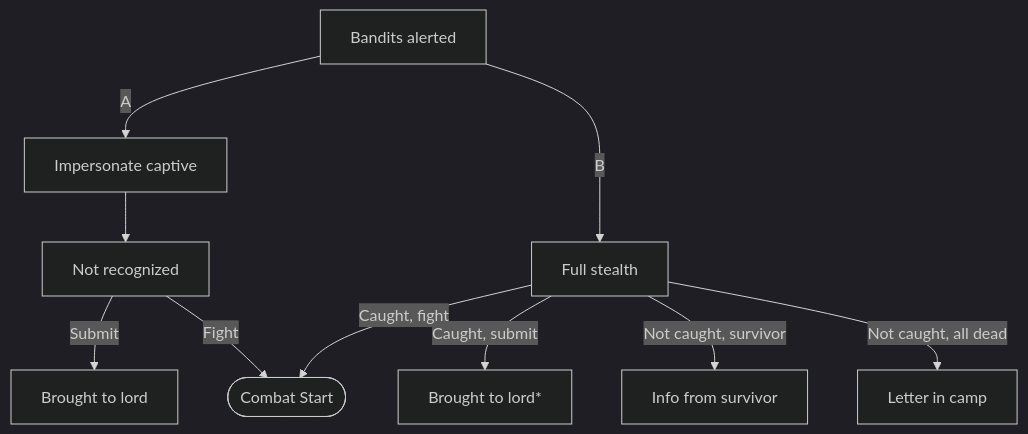
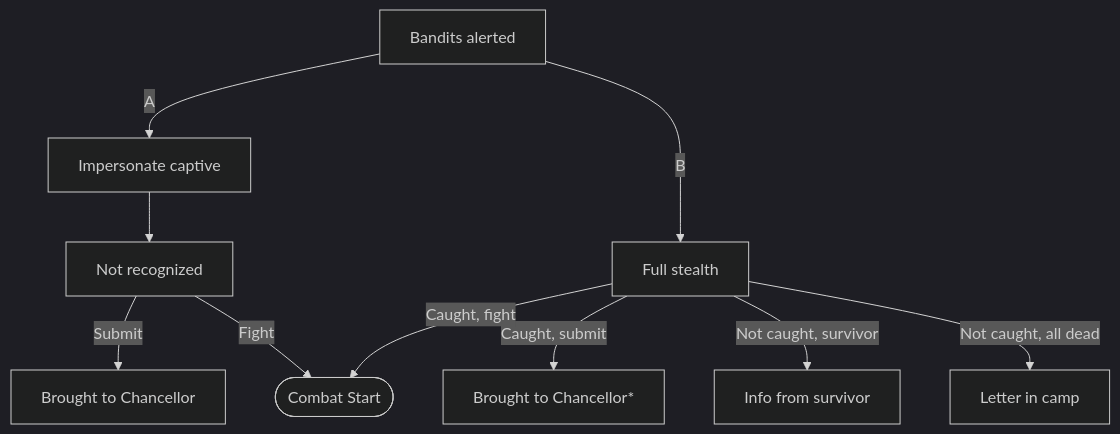
Before and after one commit to Kitick/Anthro: the ninth of 11 diagrams in Lore/Scenes/Intros/Elias.md, drawn with Mermaid (dark theme). The commit also changed other lines of this file and 1 other file, not shown here.

Commit message:
Edmund is a chancellor

````diff
--- a/Lore/Scenes/Intros/Elias.md
+++ b/Lore/Scenes/Intros/Elias.md
@@ -201,14 +201,14 @@
 ```mermaid
 flowchart TD
     Scen3[Bandits alerted] -->|A| S3A[Impersonate captive]
     Scen3 -->|B| S3B[Full stealth]
 
     S3A --> S3A_Caught[Not recognized]
-    S3A_Caught -->|Submit| S3A_Submit[Brought to lord]
+    S3A_Caught -->|Submit| S3A_Submit[Brought to Chancellor]
     S3A_Caught -->|Fight| CombatStart([Combat Start])
 
-    S3B -->|Caught, submit| S3B_Submit[Brought to lord*]
+    S3B -->|Caught, submit| S3B_Submit[Brought to Chancellor*]
     S3B -->|Caught, fight| CombatStart
     S3B -->|Not caught, survivor| S3B_Survivor[Info from survivor]
     S3B -->|Not caught, all dead| S3B_Explore[Letter in camp]
 ```
````
